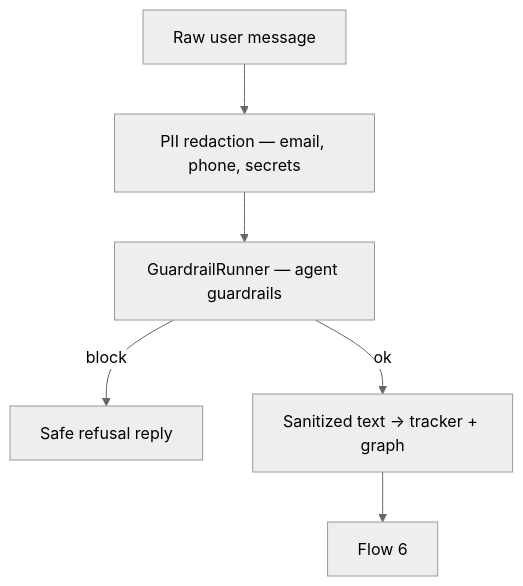
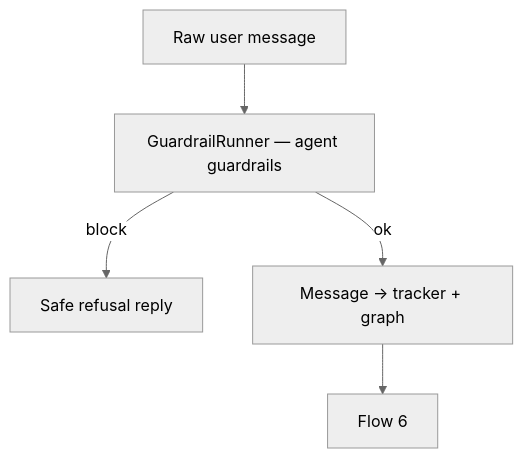
The sixth of 13 diagrams in backend/document/chat/01-chat-completion-diagrams.md (shehan-jayasinghe/bot-builder), drawn with Mermaid (neutral theme) before and after one commit. The commit also changed other lines of this file and 59 other files, not shown here.

````diff
--- a/backend/document/chat/01-chat-completion-diagrams.md
+++ b/backend/document/chat/01-chat-completion-diagrams.md
@@ -233,9 +237,8 @@
 ```mermaid
 flowchart TB
     RAW[Raw user message]
-    RAW --> REDACT[PII redaction — email, phone, secrets]
-    REDACT --> GUARD[GuardrailRunner — agent guardrails]
+    RAW --> GUARD[GuardrailRunner — agent guardrails]
     GUARD -->|block| REFUSE[Safe refusal reply]
-    GUARD -->|ok| CLEAN[Sanitized text → tracker + graph]
+    GUARD -->|ok| CLEAN[Message → tracker + graph]
     CLEAN --> F6[Flow 6]
 ```
````
